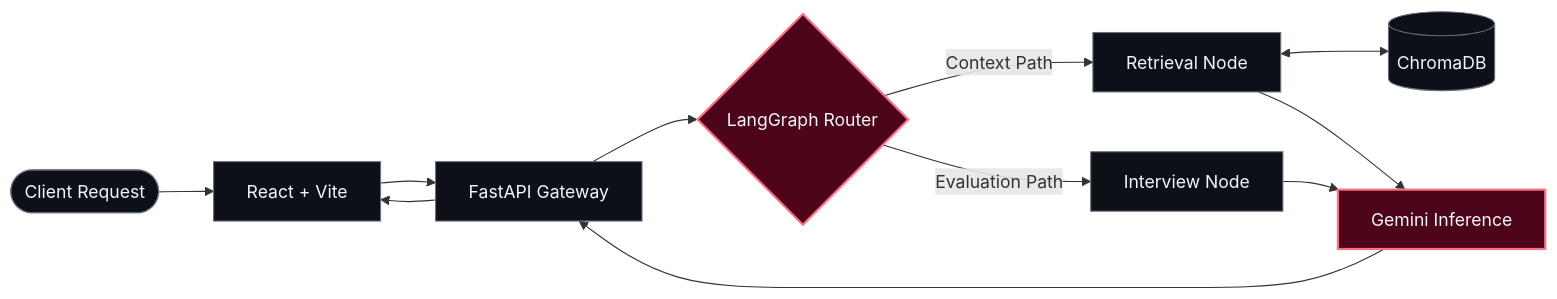
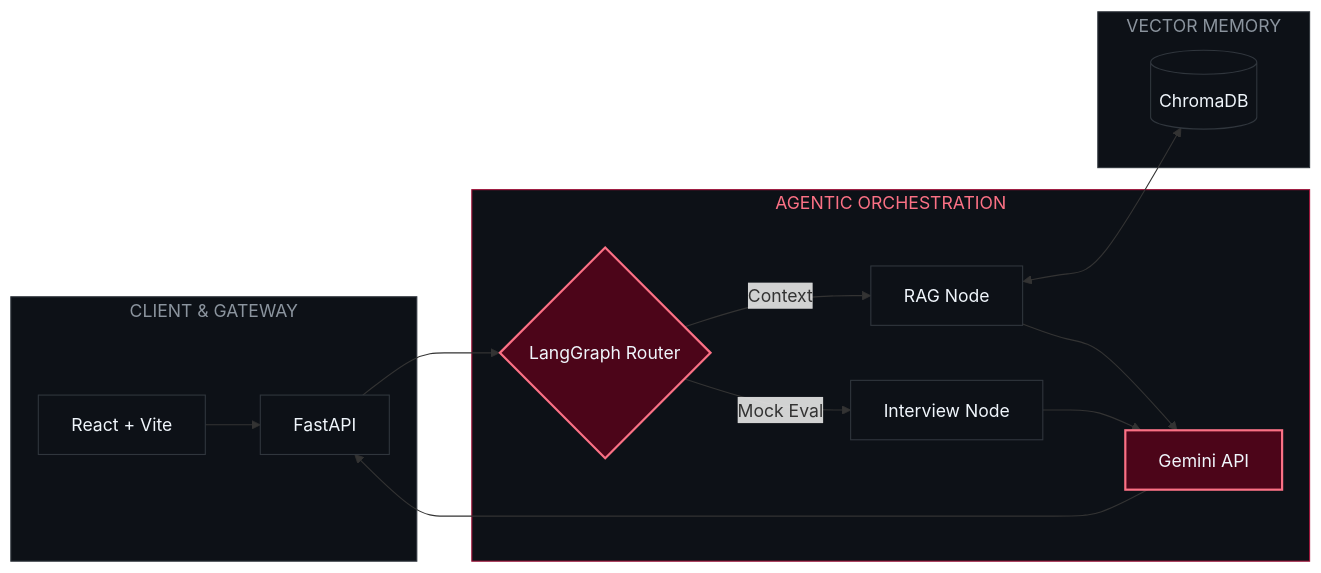
One commit to harsh24239/harsh24239 changed the first of 2 diagrams in README.md. Above: the diagram before and after it, drawn with Mermaid. The commit also changed other lines of this file, not shown here.

````diff
--- a/README.md
+++ b/README.md
@@ -116,17 +71,24 @@
 ```mermaid
 flowchart LR
-    USER(["Client Request"]) --> WEB["React + Vite"]
-    WEB --> API["FastAPI Gateway"]
-    API --> SUP{"LangGraph Router"}
-    SUP -->|Context Path| RAG["Retrieval Node"]
-    SUP -->|Evaluation Path| INT["Interview Node"]
-    RAG <--> DB[("ChromaDB")]
-    RAG --> GEN["Gemini Inference"]
-    INT --> GEN
+    subgraph CLIENT ["CLIENT & GATEWAY"]
+        WEB["React + Vite"] --> API["FastAPI"]
+    end
+    subgraph ENGINE ["AGENTIC ORCHESTRATION"]
+        API --> SUP{"LangGraph Router"}
+        SUP -->|Context| RAG["RAG Node"]
+        SUP -->|Mock Eval| INT["Interview Node"]
+        RAG --> GEN["Gemini API"]
+        INT --> GEN
+    end
+    subgraph DATA ["VECTOR MEMORY"]
+        RAG <--> DB[("ChromaDB")]
+    end
     GEN --> API
-    API --> WEB
     classDef ruby fill:#4C0519,stroke:#FB7185,color:#F0F6FC,stroke-width:2px;
-    classDef graphite fill:#0D1117,stroke:#67707D,color:#F0F6FC;
+    classDef graphite fill:#0D1117,stroke:#30363D,color:#F0F6FC;
     class SUP,GEN ruby;
-    class USER,WEB,API,RAG,INT,DB graphite;
+    class WEB,API,RAG,INT,DB graphite;
+    style CLIENT fill:#0D1117,stroke:#30363D,color:#8B949E
+    style ENGINE fill:#0D1117,stroke:#9F1239,color:#FB7185
+    style DATA fill:#0D1117,stroke:#30363D,color:#8B949E
 ```
````
